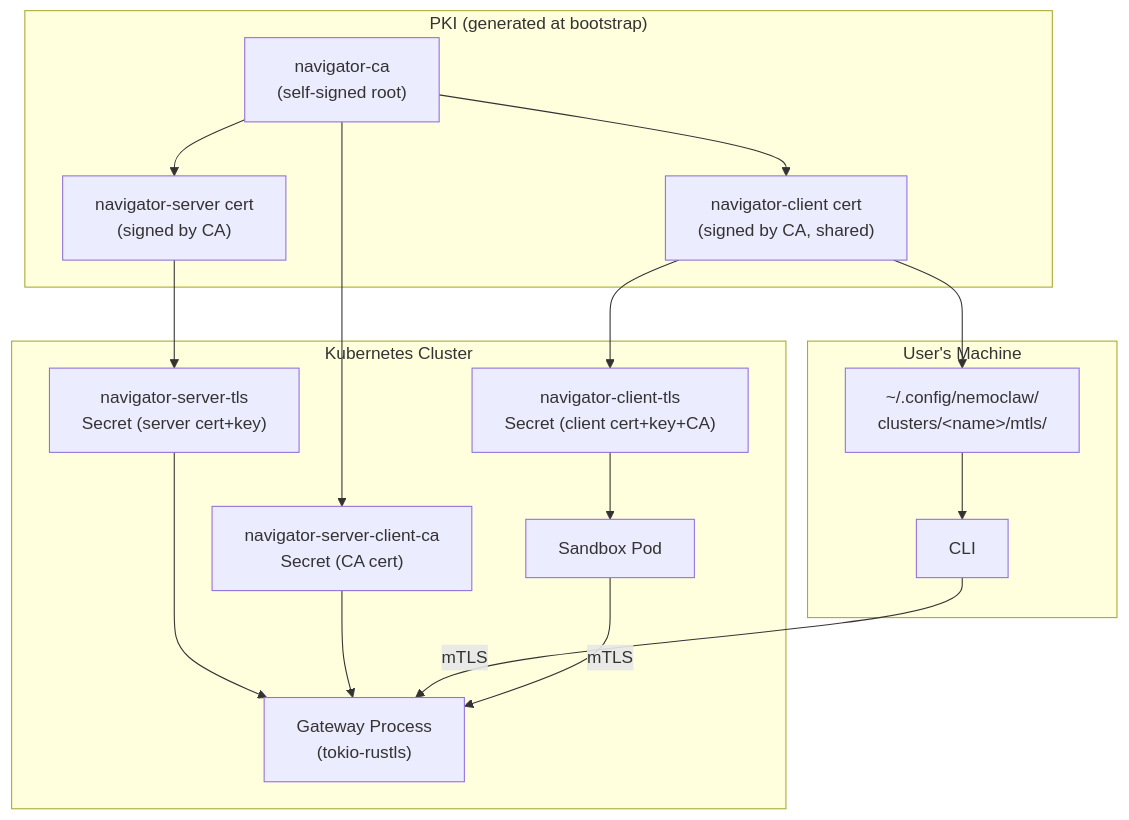
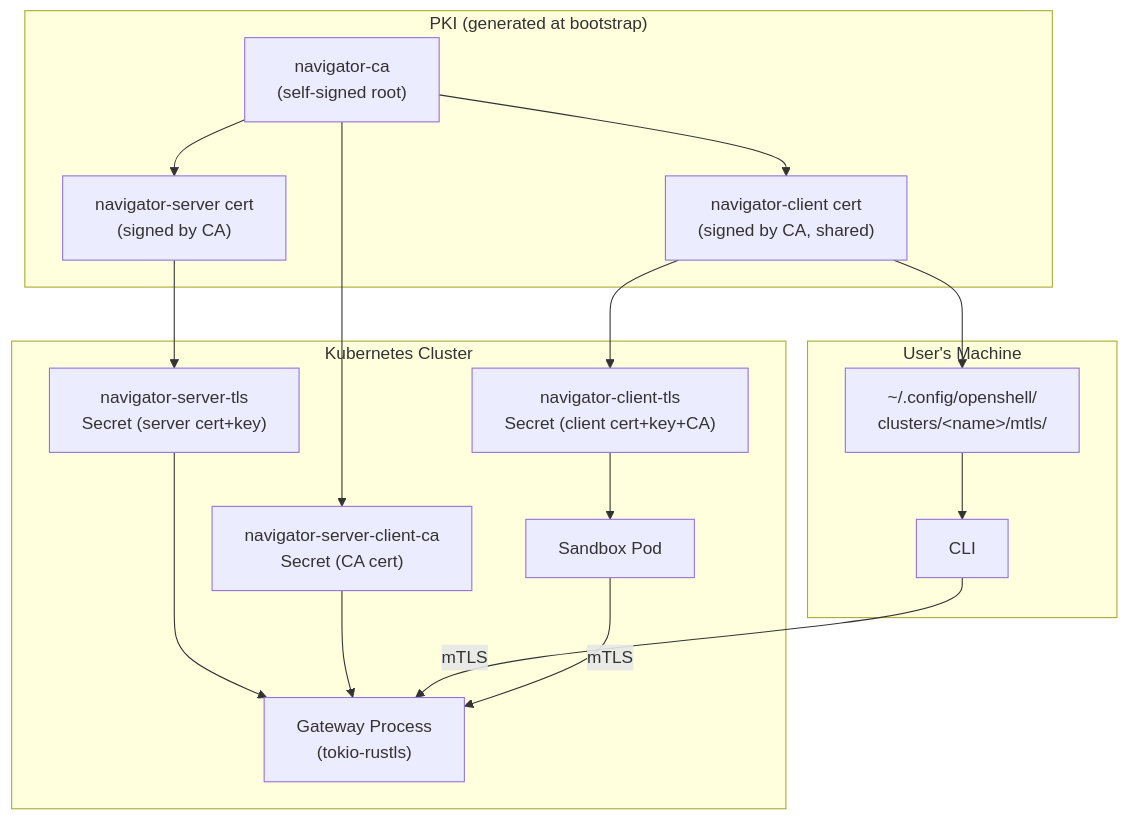
One commit to NVIDIA/OpenShell changed the first of 3 diagrams in architecture/gateway-security.md. Above: the diagram before and after it, drawn with Mermaid. The commit also changed other lines of this file and 162 other files, not shown here.

````diff
--- a/architecture/gateway-security.md
+++ b/architecture/gateway-security.md
@@ -13,36 +13,36 @@
 ```mermaid
 graph TD
     subgraph PKI["PKI (generated at bootstrap)"]
         CA["navigator-ca<br/>(self-signed root)"]
         SERVER_CERT["navigator-server cert<br/>(signed by CA)"]
         CLIENT_CERT["navigator-client cert<br/>(signed by CA, shared)"]
         CA --> SERVER_CERT
         CA --> CLIENT_CERT
     end
 
     subgraph CLUSTER["Kubernetes Cluster"]
         S1["navigator-server-tls<br/>Secret (server cert+key)"]
         S2["navigator-server-client-ca<br/>Secret (CA cert)"]
         S3["navigator-client-tls<br/>Secret (client cert+key+CA)"]
         GW["Gateway Process<br/>(tokio-rustls)"]
         SBX["Sandbox Pod"]
     end
 
     subgraph HOST["User's Machine"]
         CLI["CLI"]
-        MTLS_DIR["~/.config/nemoclaw/<br/>clusters/&lt;name&gt;/mtls/"]
+        MTLS_DIR["~/.config/openshell/<br/>clusters/&lt;name&gt;/mtls/"]
     end
 
     SERVER_CERT --> S1
     CA --> S2
     CLIENT_CERT --> S3
     CLIENT_CERT --> MTLS_DIR
 
     S1 --> GW
     S2 --> GW
     S3 --> SBX
     MTLS_DIR --> CLI
 
     CLI -- "mTLS" --> GW
     SBX -- "mTLS" --> GW
 ```
````
